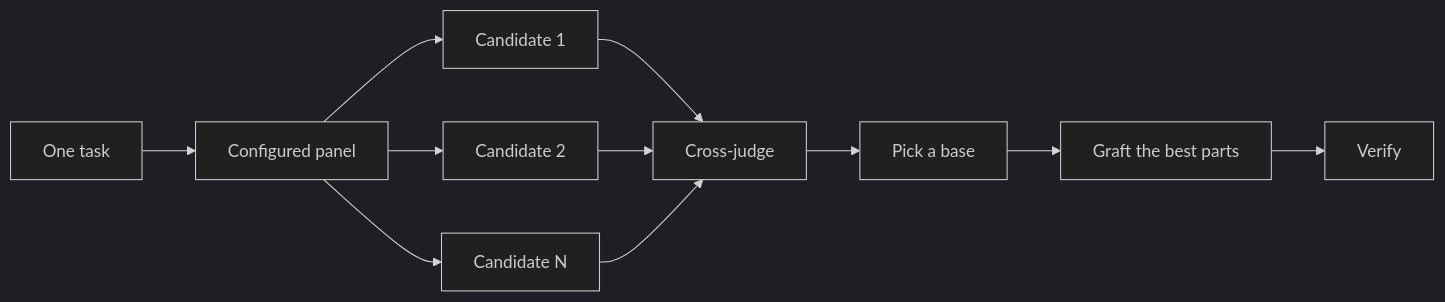
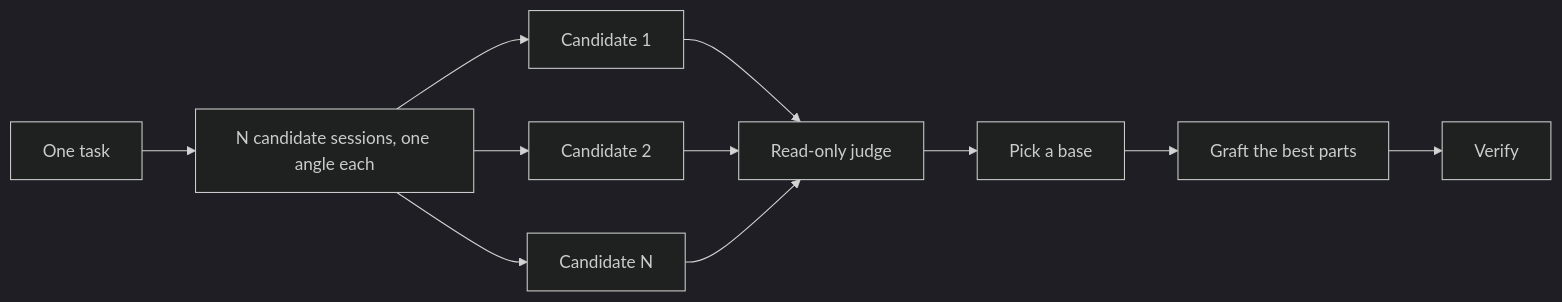
Before and after one commit to chancheuklap/multi-model-workflow: the diagram in mmw-v4/docs/guide/04-design.md, drawn with Mermaid (dark theme). The commit also changed other lines of this file and 17 other files, not shown here.

````diff
--- a/mmw-v4/docs/guide/04-design.md
+++ b/mmw-v4/docs/guide/04-design.md
@@ -29,13 +38,13 @@
 ```mermaid
 flowchart LR
-    A[One task] --> B[Configured panel]
+    A[One task] --> B[N candidate sessions, one angle each]
     B --> C[Candidate 1]
     B --> D[Candidate 2]
     B --> E[Candidate N]
-    C --> F[Cross-judge]
+    C --> F[Read-only judge]
     D --> F
     E --> F
     F --> G[Pick a base]
     G --> H[Graft the best parts]
     H --> I[Verify]
 ```
````
